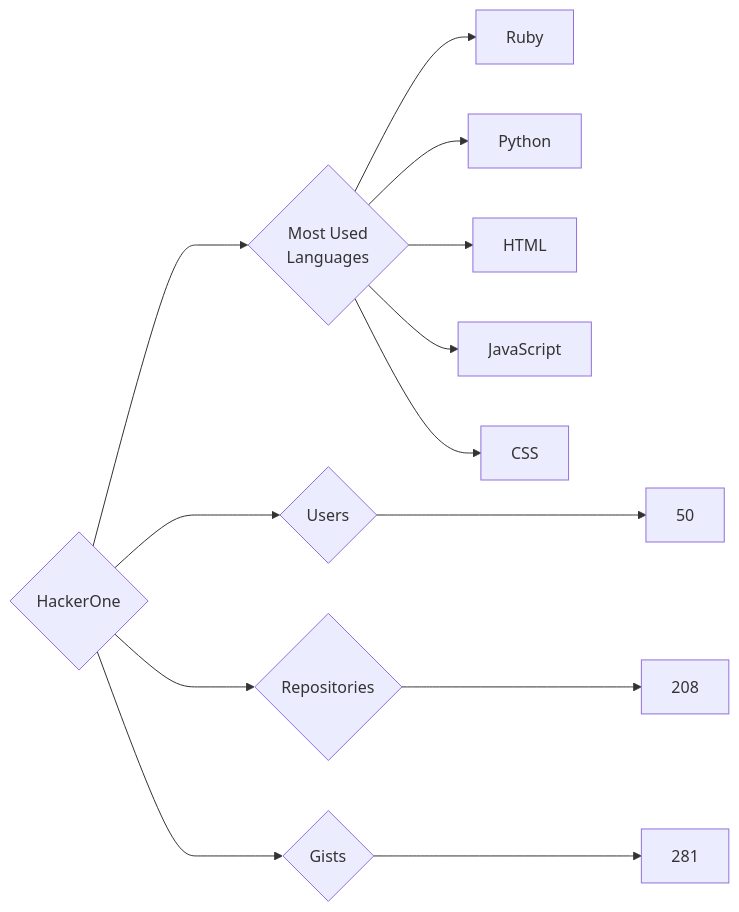
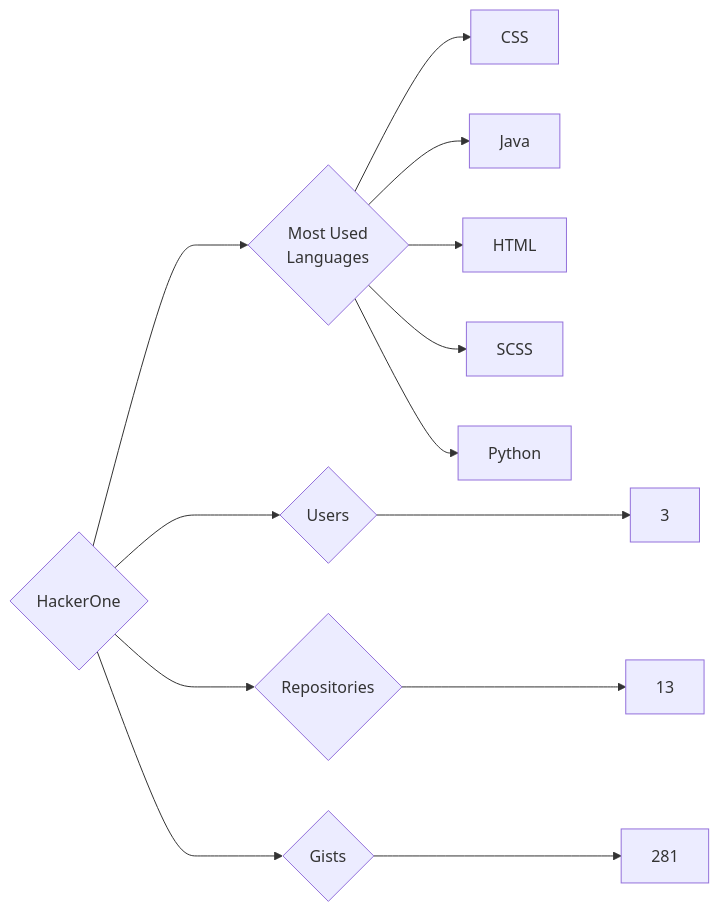
Before and after one commit to trickest/insiders: the diagram in targets/HackerOne/README.md, drawn with Mermaid. The commit also changed 629 other files, not shown here.

````diff
--- a/targets/HackerOne/README.md
+++ b/targets/HackerOne/README.md
@@ -3,13 +3,13 @@
 ```mermaid
 graph LR
 COMPANY_NAME{HackerOne}
-COMPANY_NAME ---> U{Users} ---> UN[50]
-COMPANY_NAME ---> R{Repositories} ---> RN[208]
+COMPANY_NAME ---> U{Users} ---> UN[3]
+COMPANY_NAME ---> R{Repositories} ---> RN[13]
 COMPANY_NAME ---> G{Gists} ---> GN[281]
 COMPANY_NAME ---> ML{Most Used<br>Languages}
-ML --> Ruby[Ruby]
+ML --> CSS[CSS]
+ML --> Java[Java]
+ML --> HTML[HTML]
+ML --> SCSS[SCSS]
 ML --> Python[Python]
-ML --> HTML[HTML]
-ML --> JavaScript[JavaScript]
-ML --> CSS[CSS]
 ```
````
